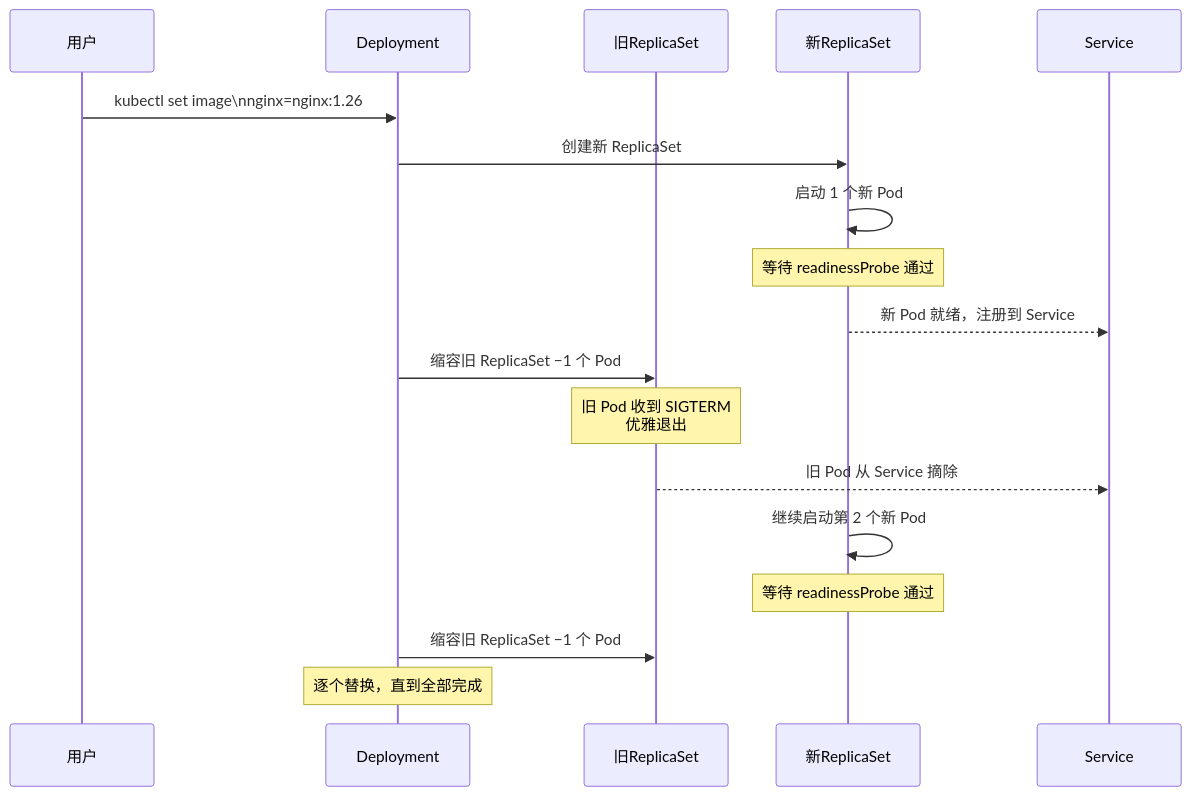
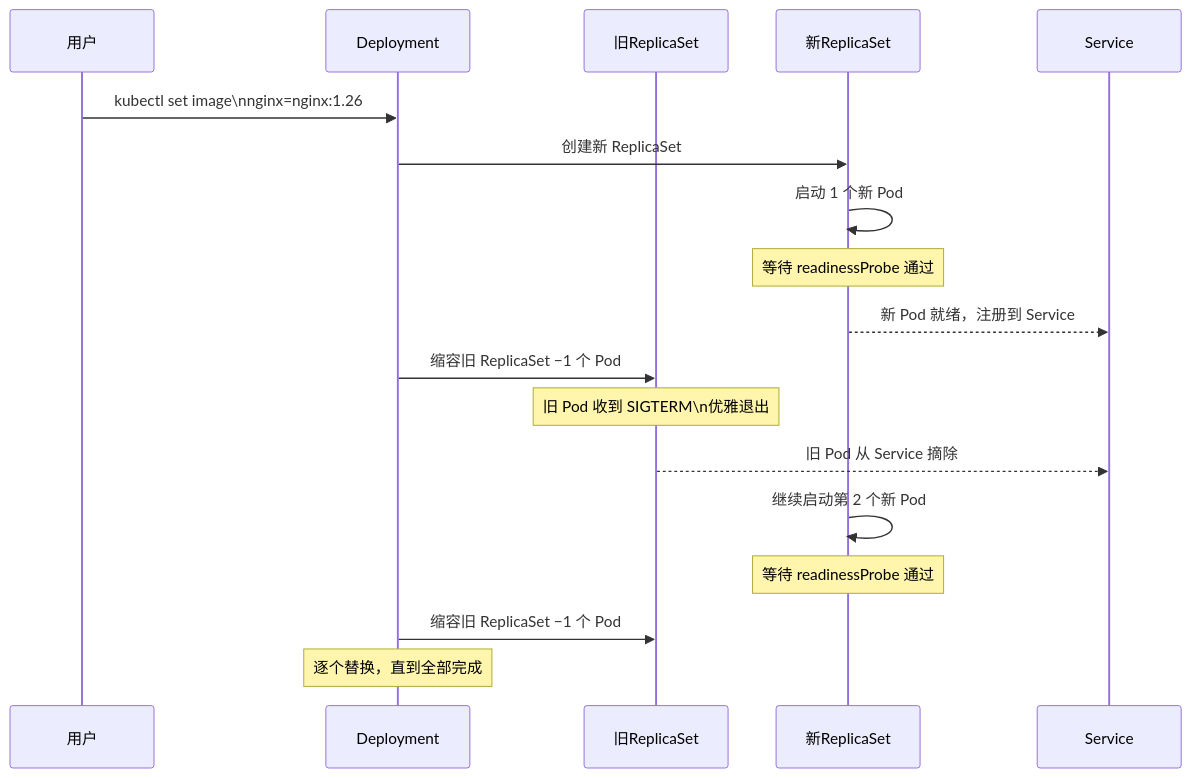
The sixth of 12 diagrams in content/posts/kubernetes/KindWslMigration.md (yaocat55/yaocat55.github.io), drawn with Mermaid before and after one commit. The commit also changed other lines of this file and 155 other files, not shown here.

````diff
--- a/content/posts/kubernetes/KindWslMigration.md
+++ b/content/posts/kubernetes/KindWslMigration.md
@@ -789,26 +789,26 @@
 ```mermaid
 sequenceDiagram
     %% ==========================================
     %% 样式定义
     %% ==========================================
     participant U as 用户
     participant D as Deployment
     participant O as 旧ReplicaSet
     participant N as 新ReplicaSet
     participant S as Service
 
     U->>D: kubectl set image\nnginx=nginx:1.26
     D->>N: 创建新 ReplicaSet
     N->>N: 启动 1 个新 Pod
     Note over N: 等待 readinessProbe 通过
     N-->>S: 新 Pod 就绪，注册到 Service
     D->>O: 缩容旧 ReplicaSet −1 个 Pod
-    Note over O: 旧 Pod 收到 SIGTERM<br/>优雅退出
+    Note over O: 旧 Pod 收到 SIGTERM\n优雅退出
     O-->>S: 旧 Pod 从 Service 摘除
 
     N->>N: 继续启动第 2 个新 Pod
     Note over N: 等待 readinessProbe 通过
     D->>O: 缩容旧 ReplicaSet −1 个 Pod
 
     Note over D: 逐个替换，直到全部完成
 ```
````
